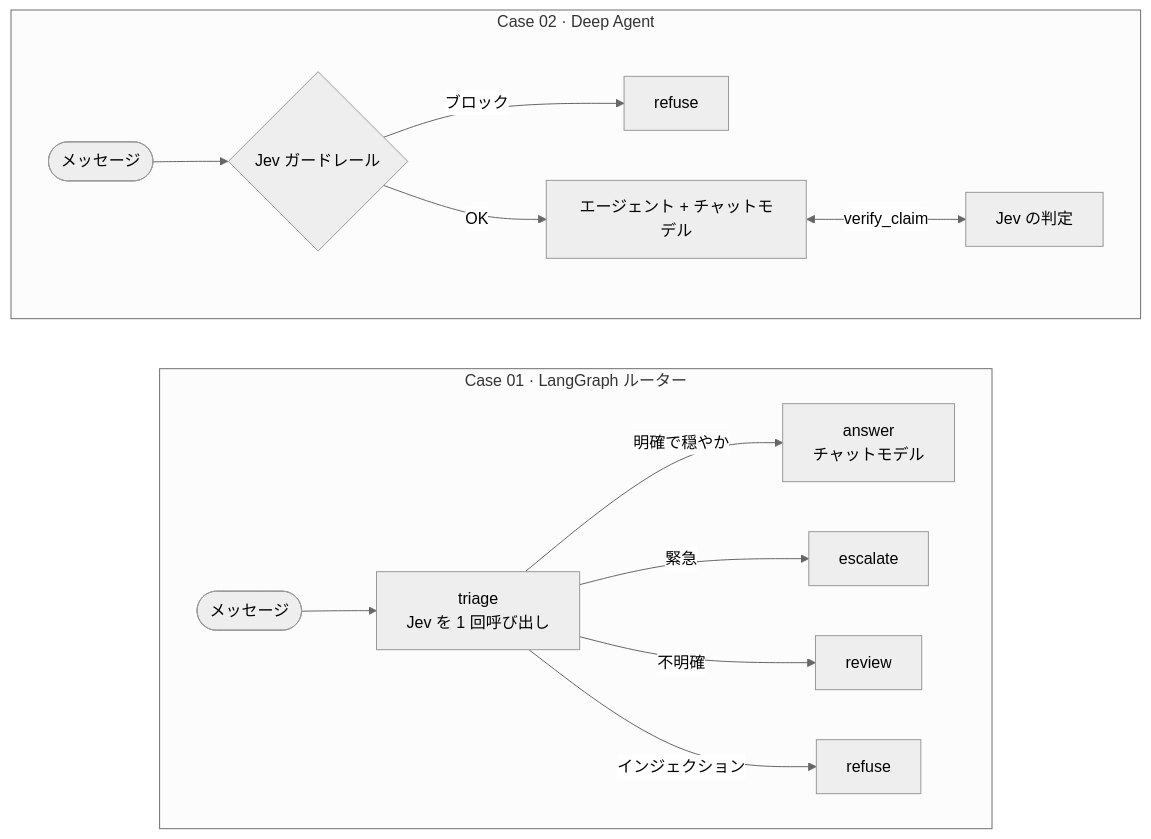
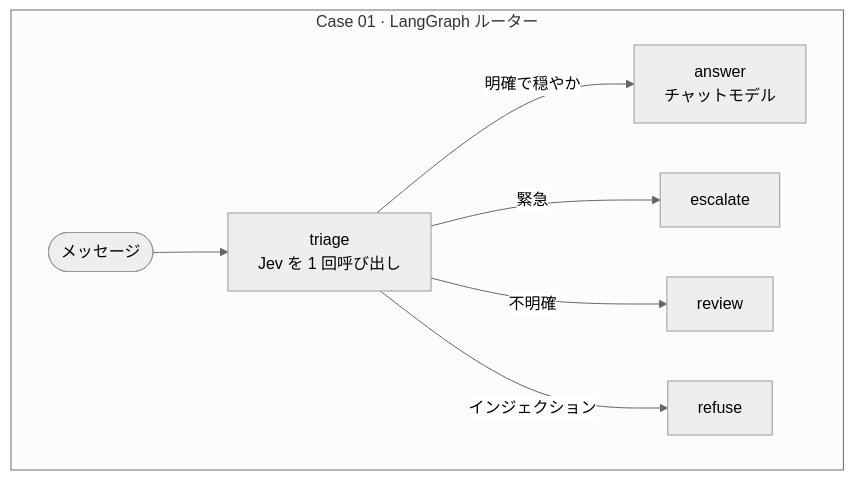
Before and after one commit to jyje/pilot-typesafeai-jev: the first of 2 diagrams in README-ja.md, drawn with Mermaid (neutral theme). The commit also changed 4 other files, not shown here.

First line of the commit message:
📄 docs(readme): fix the overview diagram order and the Docs table header

````diff
--- a/README-ja.md
+++ b/README-ja.md
@@ -32,18 +32,11 @@
 ```mermaid
 flowchart LR
     subgraph C1["Case 01 · LangGraph ルーター"]
         direction LR
         m1([メッセージ]) --> t["triage<br/>Jev を 1 回呼び出し"]
         t -->|明確で穏やか| a["answer<br/>チャットモデル"]
         t -->|緊急| e[escalate]
         t -->|不明確| r[review]
         t -->|インジェクション| f[refuse]
     end
-    subgraph C2["Case 02 · Deep Agent"]
-        direction LR
-        m2([メッセージ]) --> g{"Jev ガードレール"}
-        g -->|ブロック| f2[refuse]
-        g -->|OK| ag["エージェント + チャットモデル"]
-        ag <-->|verify_claim| j["Jev の判定"]
-    end
 ```
````
